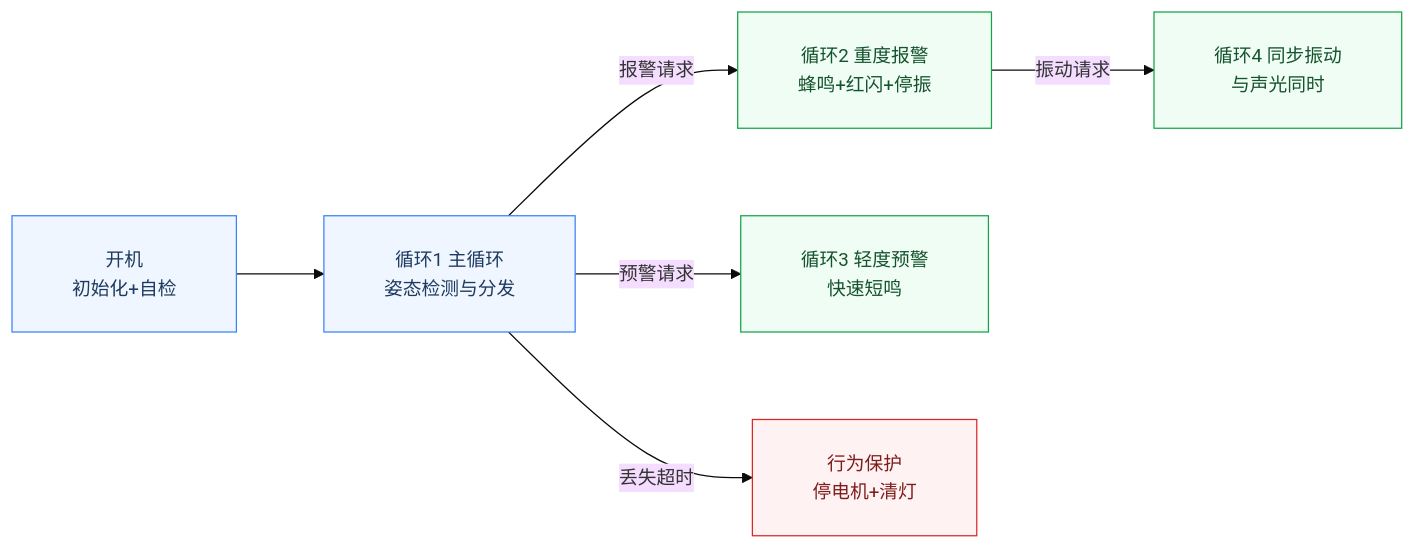
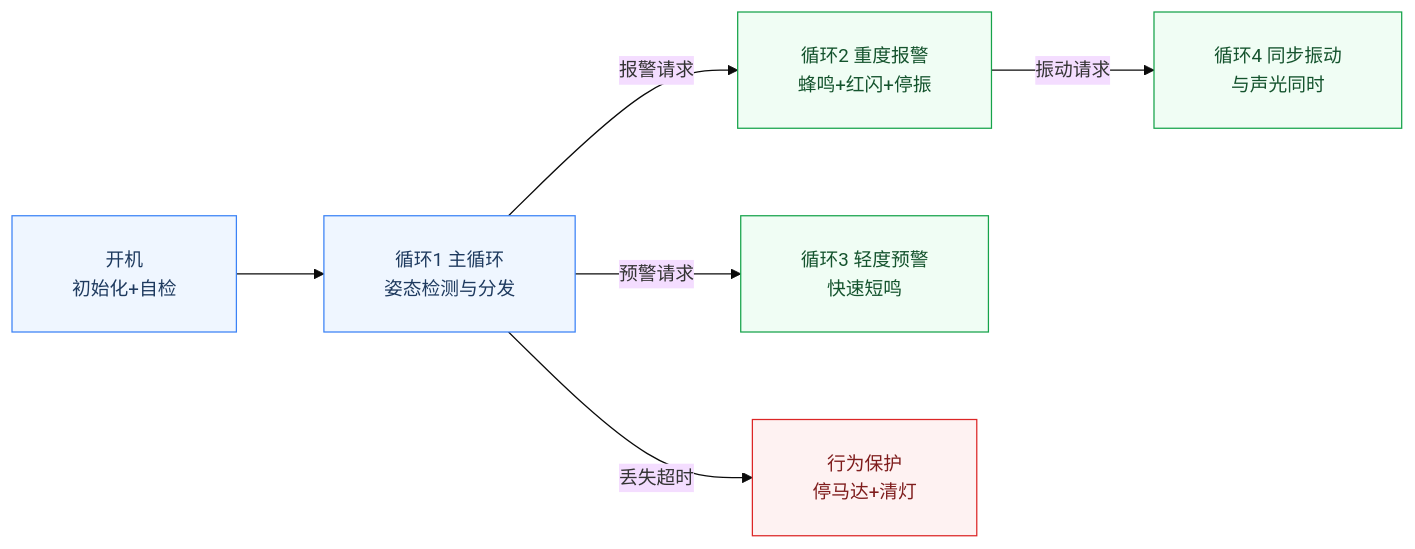
The first of 3 diagrams in README.md (Gsjsjzhznsz/driver), drawn with Mermaid before and after one commit. The commit also changed other lines of this file and 2 other files, not shown here.

````diff
--- a/README.md
+++ b/README.md
@@ -89,15 +89,15 @@
 ```mermaid
 %%{init: {"theme":"base","themeVariables":{"fontSize":"15px"},"flowchart":{"curve":"basis","padding":24,"nodeSpacing":70,"rankSpacing":70}}}%%
 flowchart LR
     BOOT["开机<br>初始化+自检"] --> L1["循环1 主循环<br>姿态检测与分发"]
     L1 -->|"报警请求"| L2["循环2 重度报警<br>蜂鸣+红闪+停振"]
     L1 -->|"预警请求"| L3["循环3 轻度预警<br>快速短鸣"]
     L2 -->|"振动请求"| L4["循环4 同步振动<br>与声光同时"]
-    L1 -->|"丢失超时"| STOP["行为保护<br>停电机+清灯"]
+    L1 -->|"丢失超时"| STOP["行为保护<br>停马达+清灯"]
     classDef normal fill:#EFF6FF,stroke:#3B82F6,color:#1E3A5F
     classDef flag fill:#F0FDF4,stroke:#16A34A,color:#14532D
     classDef danger fill:#FEF2F2,stroke:#DC2626,color:#7F1D1D
     class BOOT,L1 normal
     class L2,L3,L4 flag
     class STOP danger
 ```
````
